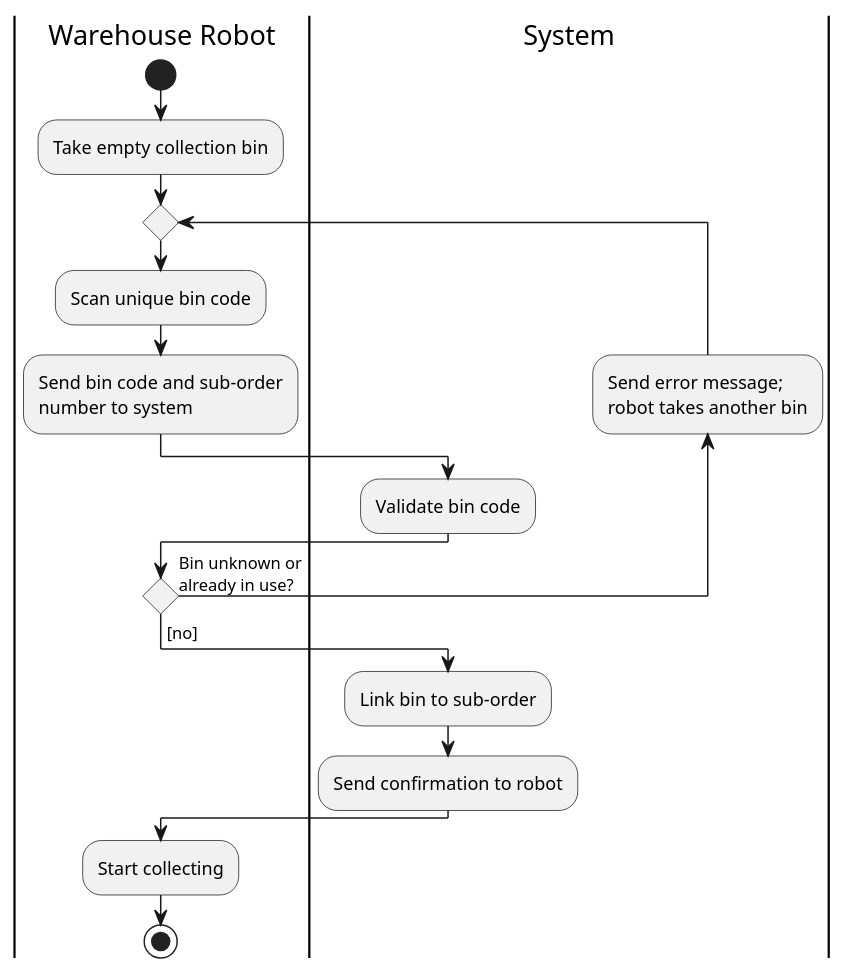
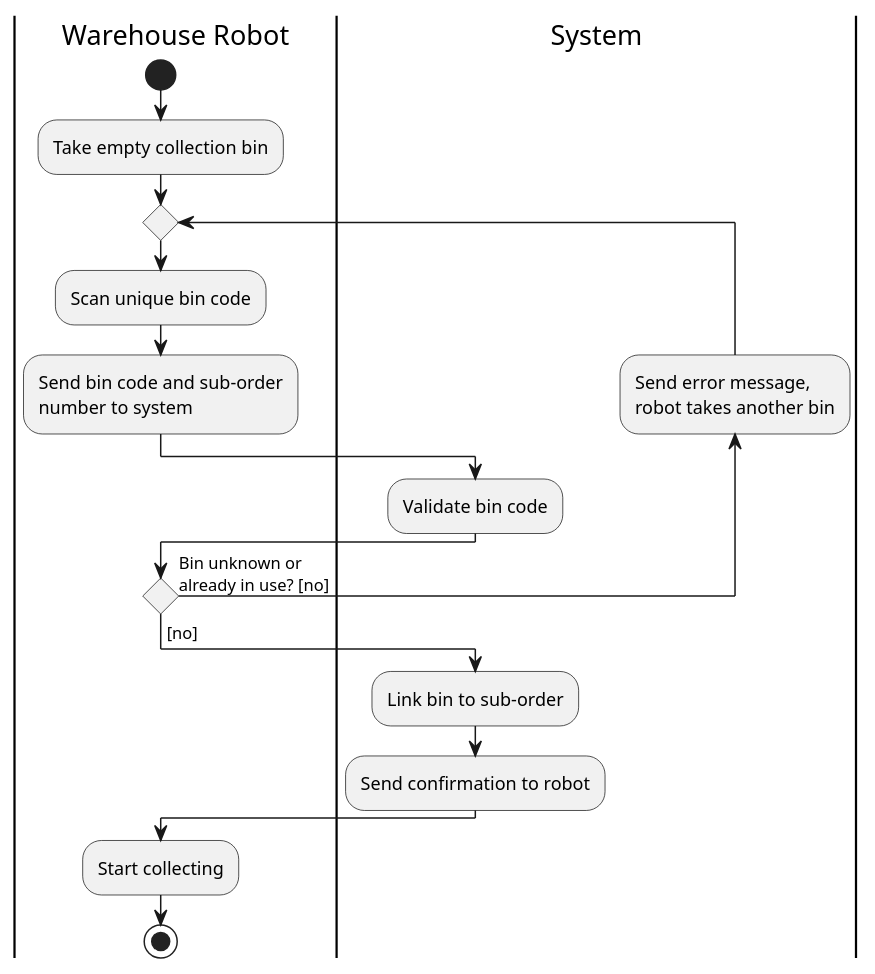
One commit to ViktorQorri/Project-Timaflu changed the diagram in Documentation/Architecture/uml/src/activity_diagrams/UC10_Register_collection_bin.puml. Above: the diagram before and after it, drawn with PlantUML. The commit also changed 4 other files, not shown here.

```diff
--- a/Documentation/Architecture/uml/src/activity_diagrams/UC10_Register_collection_bin.puml
+++ b/Documentation/Architecture/uml/src/activity_diagrams/UC10_Register_collection_bin.puml
@@ -1,21 +1,21 @@
 @startuml
 skinparam conditionStyle diamond
 skinparam ConditionEndStyle diamond
 skinparam ActivityDiamondFontSize 11
 |Warehouse Robot|
 start
 :Take empty collection bin;
 repeat
   :Scan unique bin code;
   :Send bin code and sub-order\nnumber to system;
   |System|
   :Validate bin code;
-backward :Send error message;\nrobot takes another bin;
-repeat while (Bin unknown or\nalready in use?) is ([yes])
+backward :Send error message,\nrobot takes another bin;
+repeat while (Bin unknown or\nalready in use? [no]) is ([yes])
 ->[no];
 :Link bin to sub-order;
 :Send confirmation to robot;
 |Warehouse Robot|
 :Start collecting;
 stop
 @enduml
```
